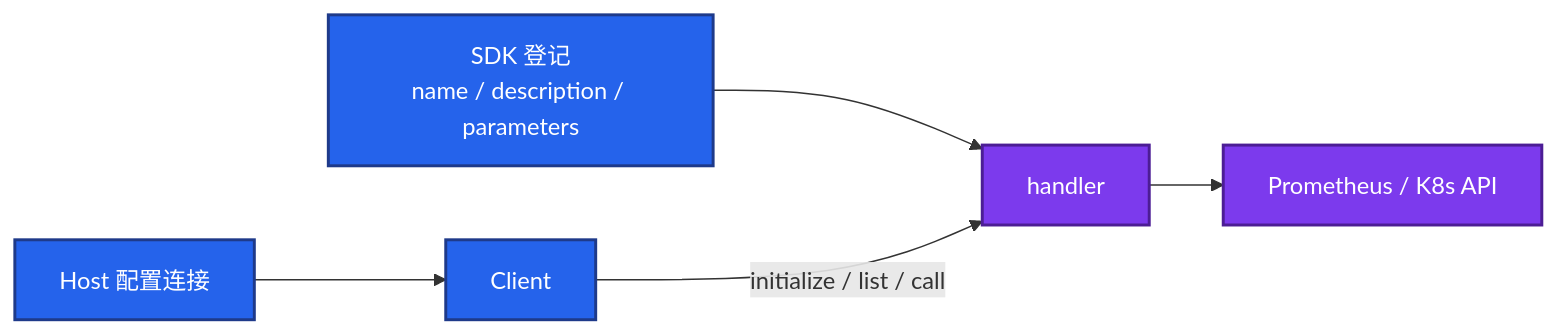
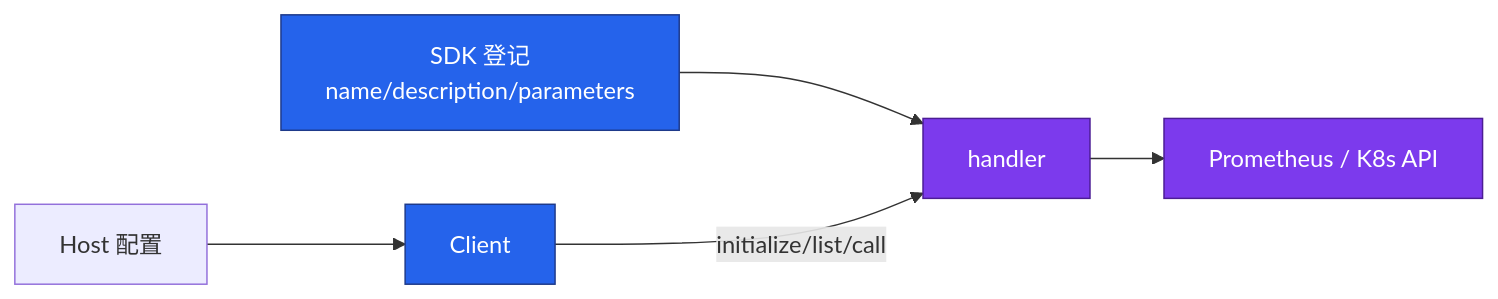
Before and after one commit to ml-cuizijun/LearnToLilith: the sixth of 7 diagrams in 09-AI与智能运维/05-MCP协议/知识点.md, drawn with Mermaid. The commit also changed other lines of this file and 213 other files, not shown here.

````diff
--- a/09-AI与智能运维/05-MCP协议/知识点.md
+++ b/09-AI与智能运维/05-MCP协议/知识点.md
@@ -301,12 +238,10 @@
 ```mermaid
 flowchart LR
-    sdk["SDK 登记<br/>name / description / parameters"] --> h[handler]
-    h --> prom[Prometheus / K8s API]
-    host[Host 配置连接] --> cli[Client]
-    cli -->|"initialize / list / call"| h
+    classDef a fill:#2563EB,stroke:#1E3A8A,color:#fff
+    classDef b fill:#7C3AED,stroke:#4C1D95,color:#fff
 
-    classDef a fill:#2563EB,stroke:#1E3A8A,stroke-width:2px,color:#fff
-    classDef b fill:#7C3AED,stroke:#4C1D95,stroke-width:2px,color:#fff
-    class sdk,host,cli a
-    class h,prom b
+    sdk["SDK 登记<br/>name/description/parameters"]:::a --> h[handler]:::b
+    h --> prom[Prometheus / K8s API]:::b
+    host[Host 配置] --> cli[Client]:::a
+    cli -->|"initialize/list/call"| h
 ```
````
